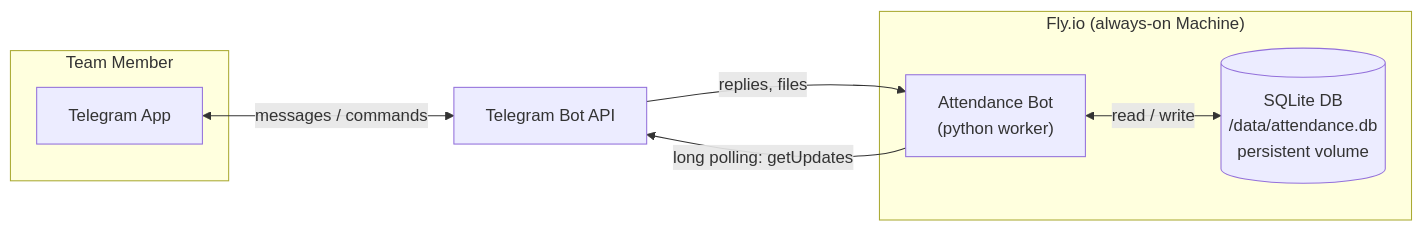
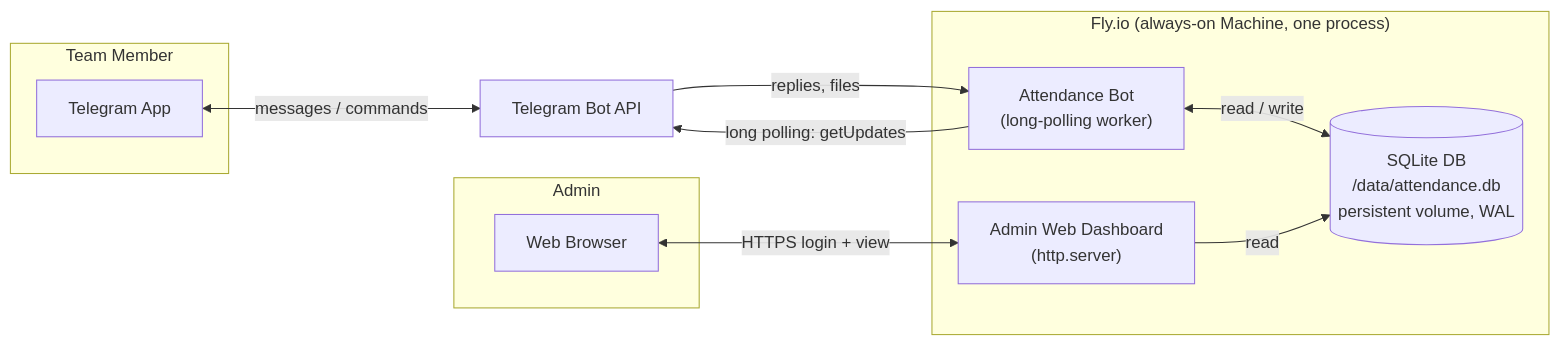
The first of 10 diagrams in FLOWCHART.md (keovoin/DBP_Attendance), drawn with Mermaid before and after one commit. The commit also changed other lines of this file and 9 other files, not shown here.

First line of the commit message:
Add admin web dashboard and raise geofence radius to 100m

````diff
--- a/FLOWCHART.md
+++ b/FLOWCHART.md
@@ -10,18 +10,25 @@
 ```mermaid
 flowchart LR
     subgraph User["Team Member"]
         TG["Telegram App"]
     end
 
-    subgraph Fly["Fly.io (always-on Machine)"]
-        BOT["Attendance Bot<br/>(python worker)"]
-        DB[("SQLite DB<br/>/data/attendance.db<br/>persistent volume")]
+    subgraph Admin["Admin"]
+        BROWSER["Web Browser"]
+    end
+
+    subgraph Fly["Fly.io (always-on Machine, one process)"]
+        BOT["Attendance Bot<br/>(long-polling worker)"]
+        WEB["Admin Web Dashboard<br/>(http.server)"]
+        DB[("SQLite DB<br/>/data/attendance.db<br/>persistent volume, WAL")]
     end
 
     API["Telegram Bot API"]
 
     TG <-->|messages / commands| API
     BOT -->|long polling: getUpdates| API
     API -->|replies, files| BOT
     BOT <-->|read / write| DB
+    BROWSER <-->|HTTPS login + view| WEB
+    WEB -->|read| DB
 ```
````
